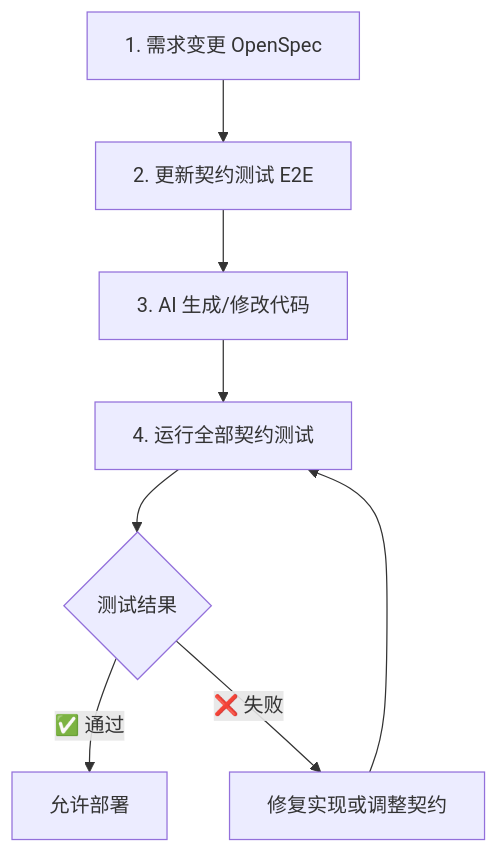
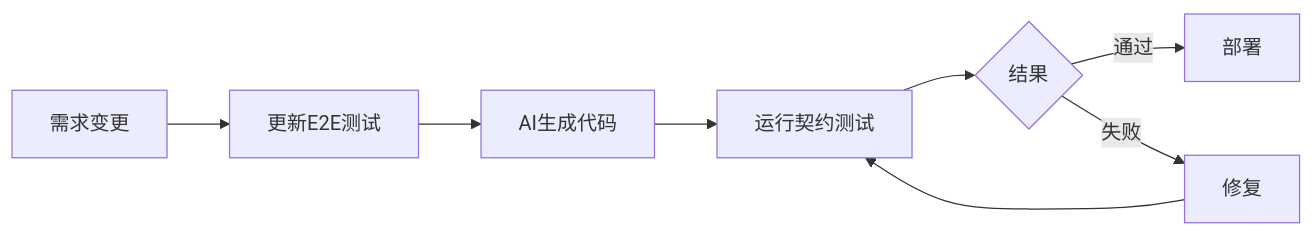
One commit to wyc7758775/aglie-person-manage changed the second of 2 diagrams in README.md. Above: the diagram before and after it, drawn with Mermaid. The commit also changed other lines of this file, not shown here.

First line of the commit message:
docs: 优化图表显示，解决文字遮挡和暗色模式问题

````diff
--- a/README.md
+++ b/README.md
@@ -369,10 +352,10 @@
 ```mermaid
-flowchart TD
-    A[1. 需求变更 OpenSpec] --> B[2. 更新契约测试 E2E]
-    B --> C[3. AI 生成/修改代码]
-    C --> D[4. 运行全部契约测试]
-    D --> E{测试结果}
-    E -->|✅ 通过| F[允许部署]
-    E -->|❌ 失败| G[修复实现或调整契约]
+flowchart LR
+    A[需求变更] --> B[更新E2E测试]
+    B --> C[AI生成代码]
+    C --> D[运行契约测试]
+    D --> E{结果}
+    E -->|通过| F[部署]
+    E -->|失败| G[修复]
     G --> D
 ```
````
